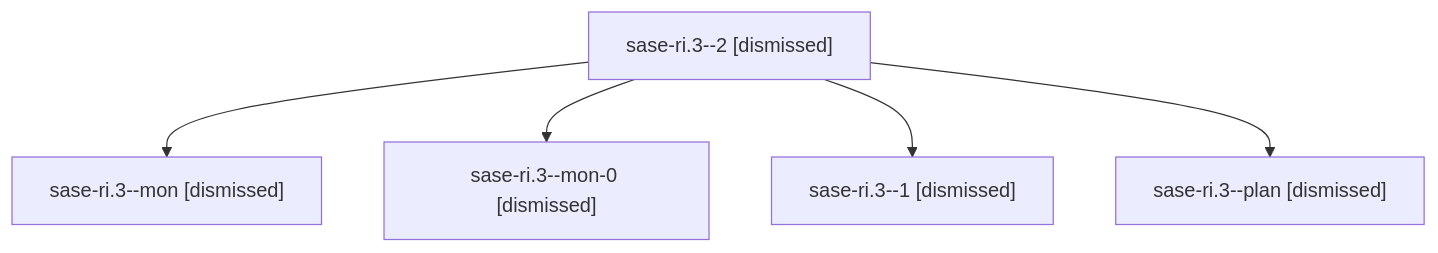
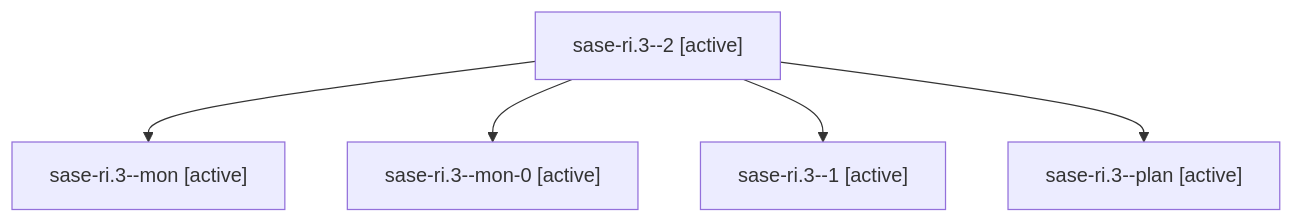
Before and after one commit to sase-org/sase--agents: the diagram in families/bbugyi200.athena.sase-ri.3.md, drawn with Mermaid. The commit also changed other lines of this file and 35830 other files, not shown here.

````diff
--- a/families/bbugyi200.athena.sase-ri.3.md
+++ b/families/bbugyi200.athena.sase-ri.3.md
@@ -9,12 +9,12 @@
 ```mermaid
 flowchart TD
-  n0["sase-ri.3--2 [dismissed]"]
-  n1["sase-ri.3--mon [dismissed]"]
+  n0["sase-ri.3--2 [active]"]
+  n1["sase-ri.3--mon [active]"]
   n0 --> n1
-  n2["sase-ri.3--mon-0 [dismissed]"]
+  n2["sase-ri.3--mon-0 [active]"]
   n0 --> n2
-  n3["sase-ri.3--1 [dismissed]"]
+  n3["sase-ri.3--1 [active]"]
   n0 --> n3
-  n4["sase-ri.3--plan [dismissed]"]
+  n4["sase-ri.3--plan [active]"]
   n0 --> n4
 ```
````
